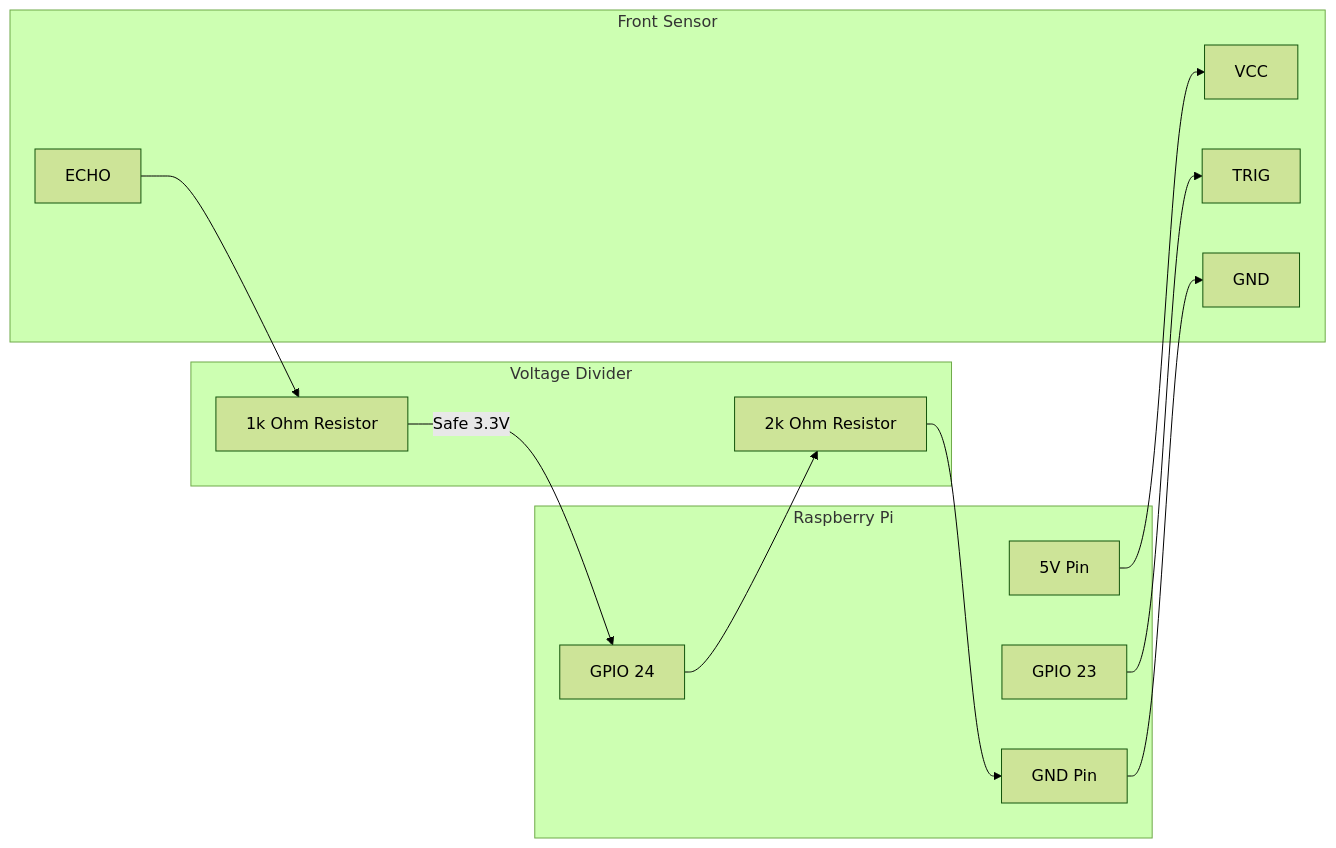
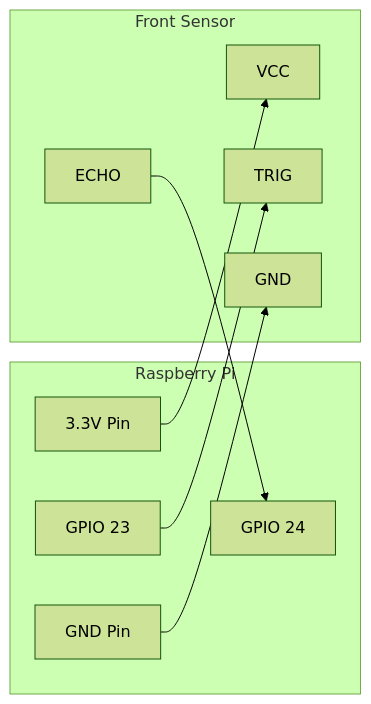
One commit to Raffay0177/Blind-Assist-Hat changed the second of 2 diagrams in hardware/hardware_assembly_guide.md. Above: the diagram before and after it, drawn with Mermaid (forest theme). The commit also changed other lines of this file and 1 other file, not shown here.

Commit message:
docs: reformat hardware schematics mapping to 3.3V ultrasonic tables

````diff
--- a/hardware/hardware_assembly_guide.md
+++ b/hardware/hardware_assembly_guide.md
@@ -67,30 +77,21 @@
 ```mermaid
 flowchart LR
     subgraph Raspberry Pi
-        P_5V[5V Pin]
+        P_3_3V[3.3V Pin]
         P_GND[GND Pin]
         P_23[GPIO 23]
         P_24[GPIO 24]
     end
 
     subgraph Front Sensor
         VCC
         TRIG
         ECHO
         GND
     end
 
-    subgraph Voltage Divider
-        R1[1k Ohm Resistor]
-        R2[2k Ohm Resistor]
-    end
-
-    P_5V --> VCC
+    P_3_3V --> VCC
     P_GND --> GND
     P_23 --> TRIG
-    
-    ECHO --> R1
-    R1 -->|Safe 3.3V| P_24
-    P_24 --> R2
-    R2 --> P_GND
+    ECHO --> P_24
 ```
````
